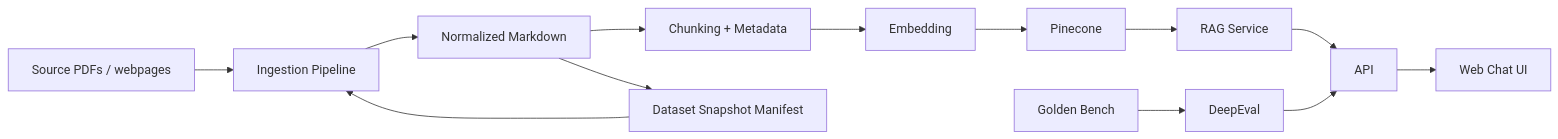
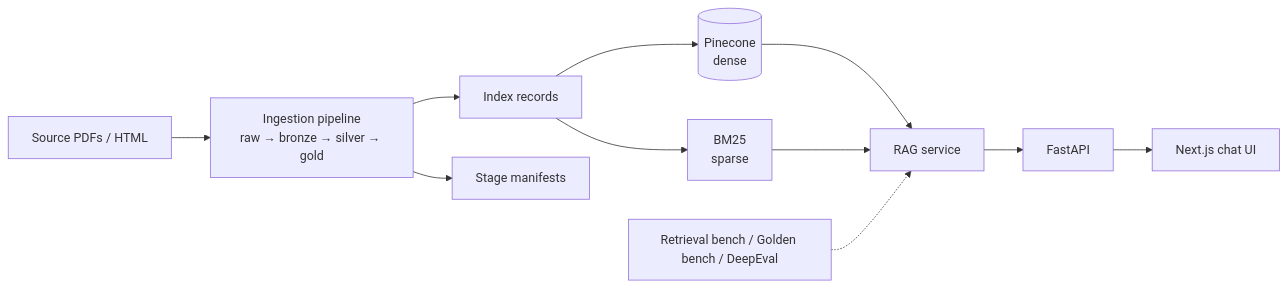
The diagram in docs/architecture.md (1-xingcys/ntu-dual-guide), drawn with Mermaid before and after one commit. The commit also changed other lines of this file and 10 other files, not shown here.

````diff
--- a/docs/architecture.md
+++ b/docs/architecture.md
@@ -13,16 +13,13 @@
 ```mermaid
 flowchart LR
-    A["Source PDFs / webpages"] --> B["Ingestion Pipeline"]
-    B --> C["Normalized Markdown"]
-    C --> D["Chunking + Metadata"]
-    D --> E["Embedding"]
-    E --> F["Pinecone"]
-    C --> G["Dataset Snapshot Manifest"]
-    G --> B
-
-    H["Golden Bench"] --> I["DeepEval"]
-    F --> J["RAG Service"]
-    J --> K["API"]
-    K --> L["Web Chat UI"]
-    I --> K
+    A["Source PDFs / HTML"] --> B["Ingestion pipeline<br/>raw → bronze → silver → gold"]
+    B --> C["Index records"]
+    B --> M["Stage manifests"]
+    C --> D[("Pinecone<br/>dense")]
+    C --> E["BM25<br/>sparse"]
+    D --> F["RAG service"]
+    E --> F
+    F --> G["FastAPI"]
+    G --> H["Next.js chat UI"]
+    I["Retrieval bench / Golden bench / DeepEval"] -.-> F
 ```
````
